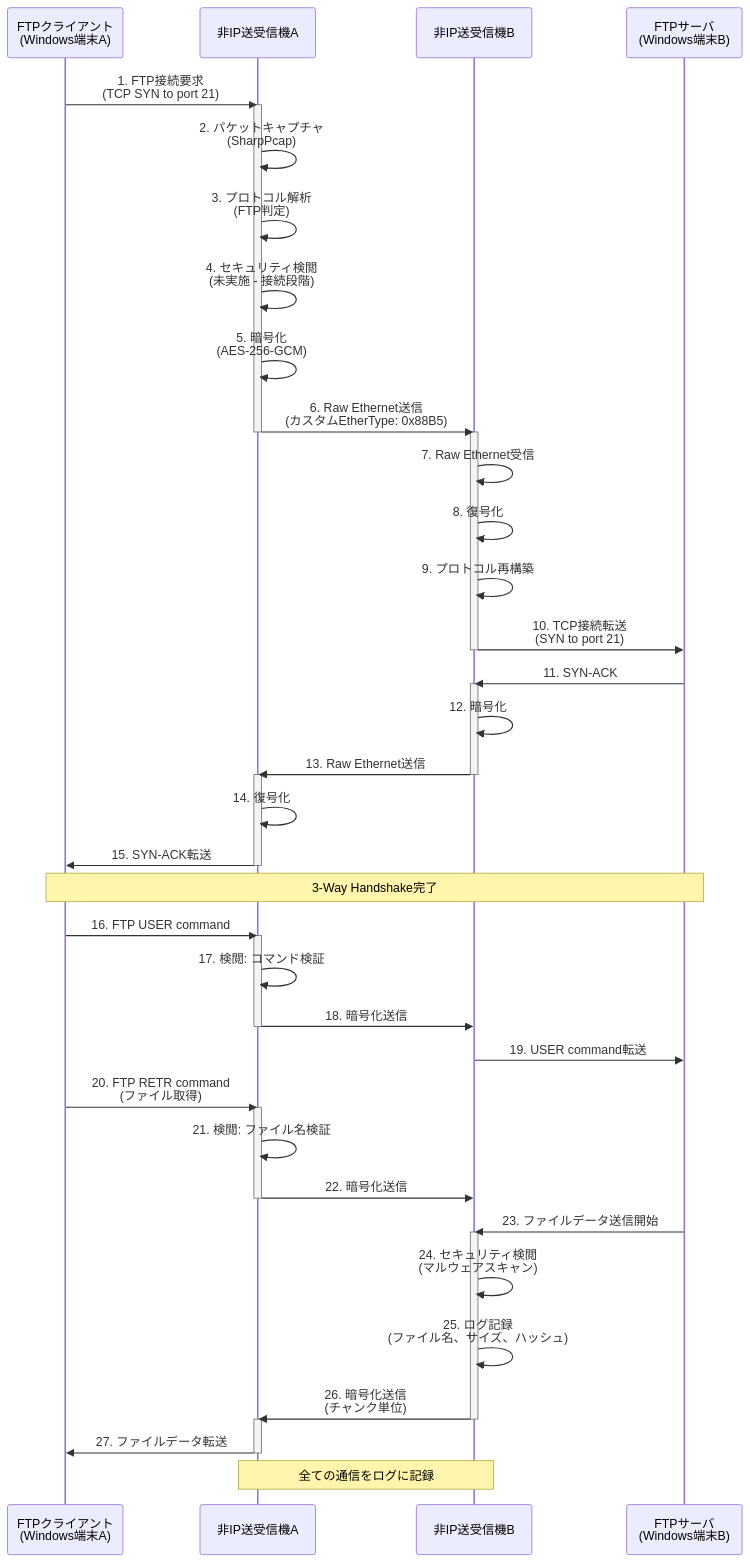
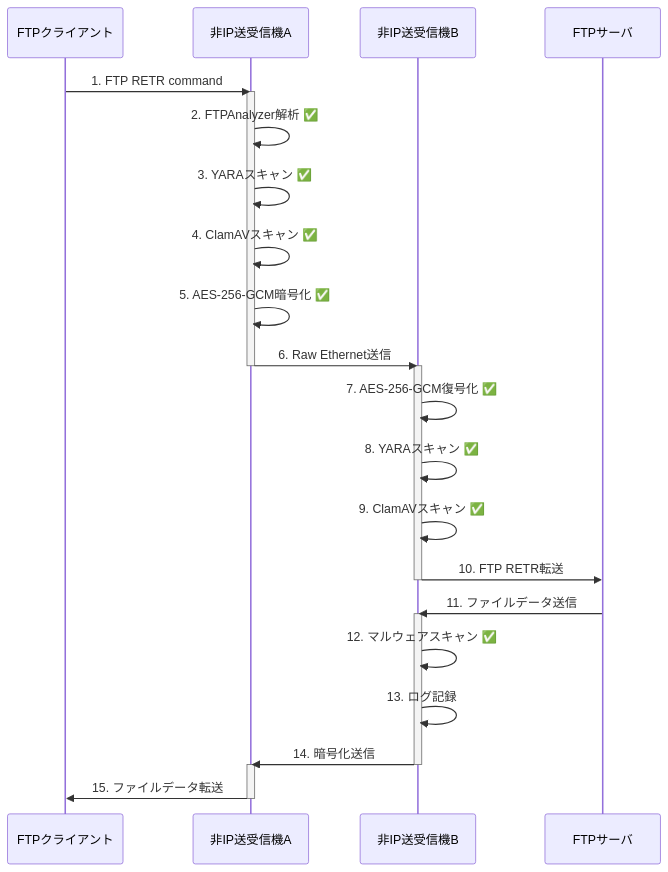
The third of 3 diagrams in docs/functionaldesign.md (InvestorX/Non-IP-File-Delivery), drawn with Mermaid before and after one commit. The commit also changed other lines of this file, not shown here.

````diff
--- a/docs/functionaldesign.md
+++ b/docs/functionaldesign.md
@@ -298,62 +268,34 @@
 ```mermaid
 sequenceDiagram
-    participant FTPClient as FTPクライアント<br/>(Windows端末A)
+    participant FTP as FTPクライアント
     participant ProxyA as 非IP送受信機A
     participant ProxyB as 非IP送受信機B
-    participant FTPServer as FTPサーバ<br/>(Windows端末B)
+    participant Server as FTPサーバ
     
-    FTPClient->>ProxyA: 1. FTP接続要求<br/>(TCP SYN to port 21)
+    FTP->>ProxyA: 1. FTP RETR command
     activate ProxyA
-    ProxyA->>ProxyA: 2. パケットキャプチャ<br/>(SharpPcap)
-    ProxyA->>ProxyA: 3. プロトコル解析<br/>(FTP判定)
-    ProxyA->>ProxyA: 4. セキュリティ検閲<br/>(未実施 - 接続段階)
-    ProxyA->>ProxyA: 5. 暗号化<br/>(AES-256-GCM)
-    ProxyA->>ProxyB: 6. Raw Ethernet送信<br/>(カスタムEtherType: 0x88B5)
+    ProxyA->>ProxyA: 2. FTPAnalyzer解析 ✅
+    ProxyA->>ProxyA: 3. YARAスキャン ✅
+    ProxyA->>ProxyA: 4. ClamAVスキャン ✅
+    ProxyA->>ProxyA: 5. AES-256-GCM暗号化 ✅
+    ProxyA->>ProxyB: 6. Raw Ethernet送信
     deactivate ProxyA
     
     activate ProxyB
-    ProxyB->>ProxyB: 7. Raw Ethernet受信
-    ProxyB->>ProxyB: 8. 復号化
-    ProxyB->>ProxyB: 9. プロトコル再構築
-    ProxyB->>FTPServer: 10. TCP接続転送<br/>(SYN to port 21)
+    ProxyB->>ProxyB: 7. AES-256-GCM復号化 ✅
+    ProxyB->>ProxyB: 8. YARAスキャン ✅
+    ProxyB->>ProxyB: 9. ClamAVスキャン ✅
+    ProxyB->>Server: 10. FTP RETR転送
     deactivate ProxyB
     
-    FTPServer->>ProxyB: 11. SYN-ACK
+    Server->>ProxyB: 11. ファイルデータ送信
     activate ProxyB
-    ProxyB->>ProxyB: 12. 暗号化
-    ProxyB->>ProxyA: 13. Raw Ethernet送信
+    ProxyB->>ProxyB: 12. マルウェアスキャン ✅
+    ProxyB->>ProxyB: 13. ログ記録
+    ProxyB->>ProxyA: 14. 暗号化送信
     deactivate ProxyB
     
     activate ProxyA
-    ProxyA->>ProxyA: 14. 復号化
-    ProxyA->>FTPClient: 15. SYN-ACK転送
+    ProxyA->>FTP: 15. ファイルデータ転送
     deactivate ProxyA
-    
-    Note over FTPClient,FTPServer: 3-Way Handshake完了
-    
-    FTPClient->>ProxyA: 16. FTP USER command
-    activate ProxyA
-    ProxyA->>ProxyA: 17. 検閲: コマンド検証
-    ProxyA->>ProxyB: 18. 暗号化送信
-    deactivate ProxyA
-    ProxyB->>FTPServer: 19. USER command転送
-    
-    FTPClient->>ProxyA: 20. FTP RETR command<br/>(ファイル取得)
-    activate ProxyA
-    ProxyA->>ProxyA: 21. 検閲: ファイル名検証
-    ProxyA->>ProxyB: 22. 暗号化送信
-    deactivate ProxyA
-    
-    FTPServer->>ProxyB: 23. ファイルデータ送信開始
-    activate ProxyB
-    ProxyB->>ProxyB: 24. セキュリティ検閲<br/>(マルウェアスキャン)
-    ProxyB->>ProxyB: 25. ログ記録<br/>(ファイル名、サイズ、ハッシュ)
-    ProxyB->>ProxyA: 26. 暗号化送信<br/>(チャンク単位)
-    deactivate ProxyB
-    
-    activate ProxyA
-    ProxyA->>FTPClient: 27. ファイルデータ転送
-    deactivate ProxyA
-    
-    Note over ProxyA,ProxyB: 全ての通信をログに記録
 ```
````
